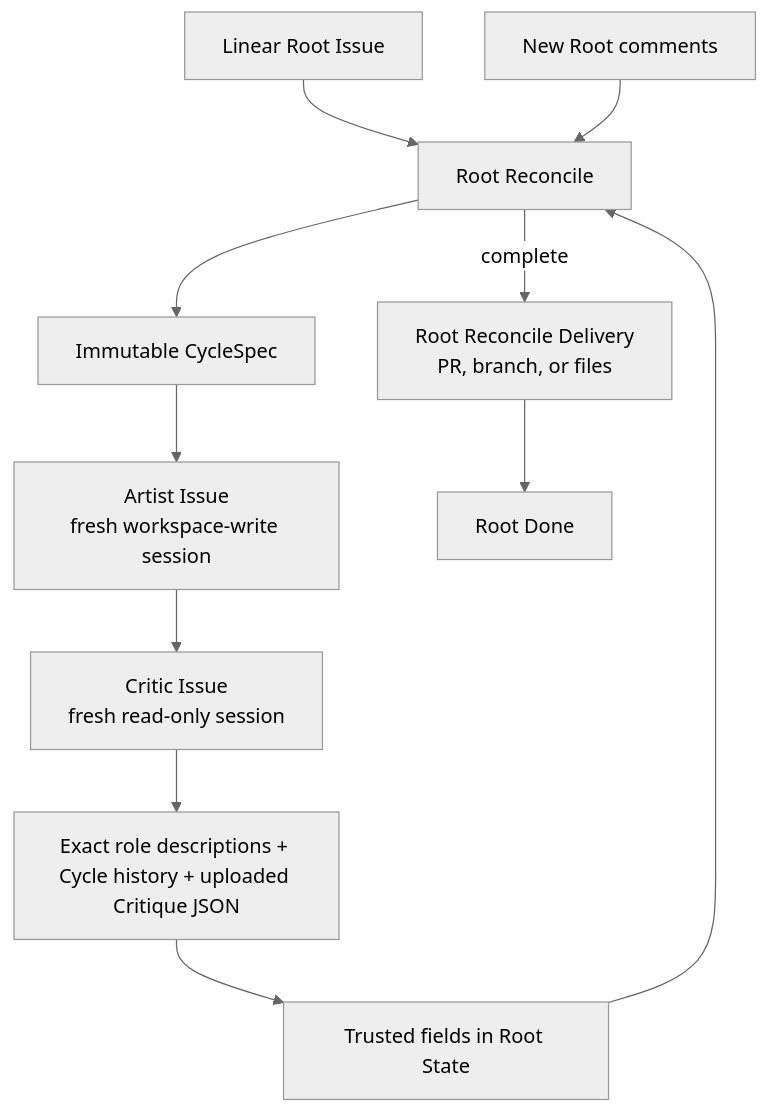
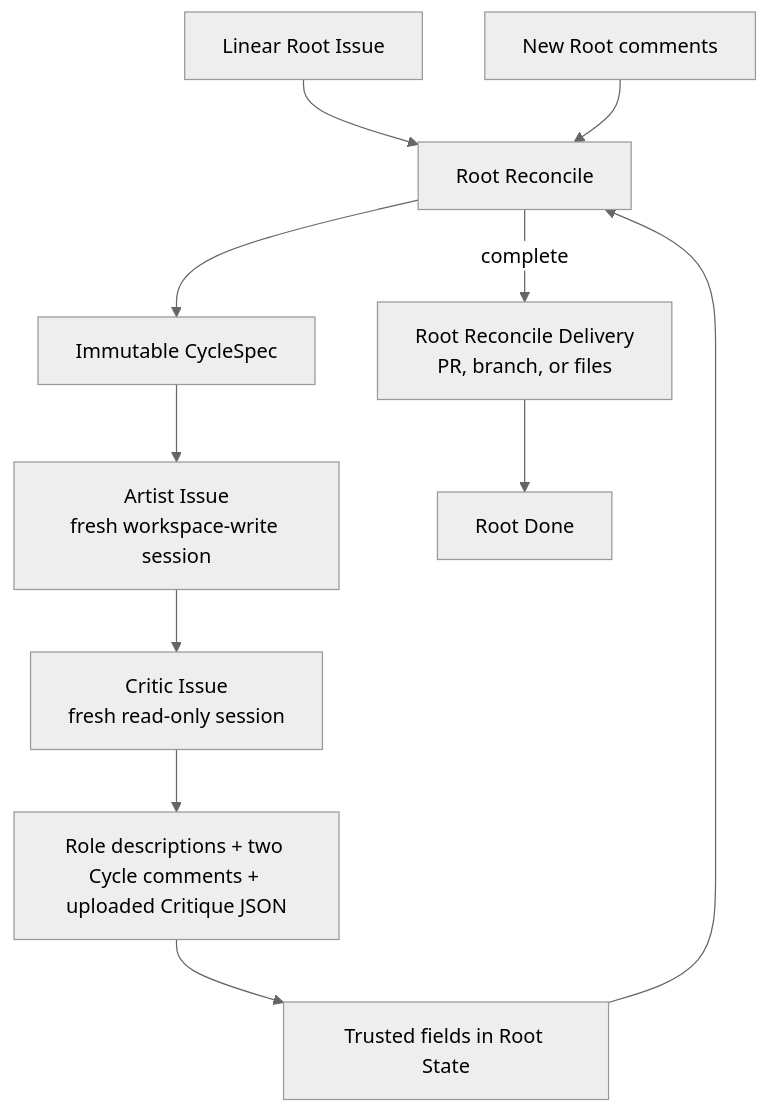
The diagram in docs/architecture/README.md (hallucination-studio/symphony), drawn with Mermaid (neutral theme) before and after one commit. The commit also changed other lines of this file and 76 other files, not shown here.

````diff
--- a/docs/architecture/README.md
+++ b/docs/architecture/README.md
@@ -12,14 +12,14 @@
 ```mermaid
 %% source-rules: WF-TOPO-001 WF-TOPO-002 WF-TOPO-003 WF-ROUTE-006 WF-INBOX-004
 flowchart TD
   Root[Linear Root Issue] --> Reconcile[Root Reconcile]
   Reconcile --> Cycle[Immutable CycleSpec]
   Cycle --> Artist[Artist Issue<br/>fresh workspace-write session]
   Artist --> Critic[Critic Issue<br/>fresh read-only session]
-  Critic --> Result[Exact role descriptions + Cycle history + uploaded Critique JSON]
+  Critic --> Result[Role descriptions + two Cycle comments + uploaded Critique JSON]
   Result --> State[Trusted fields in Root State]
   State --> Reconcile
   Inbox[New Root comments] --> Reconcile
   Reconcile -->|complete| Delivery[Root Reconcile Delivery<br/>PR, branch, or files]
   Delivery --> Done[Root Done]
 ```
````
